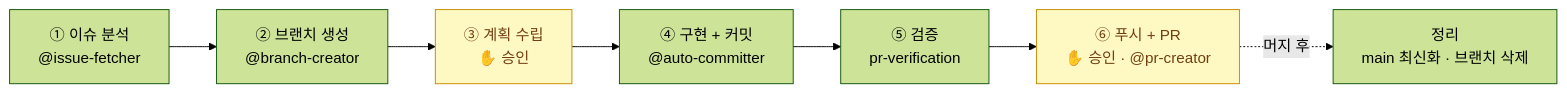
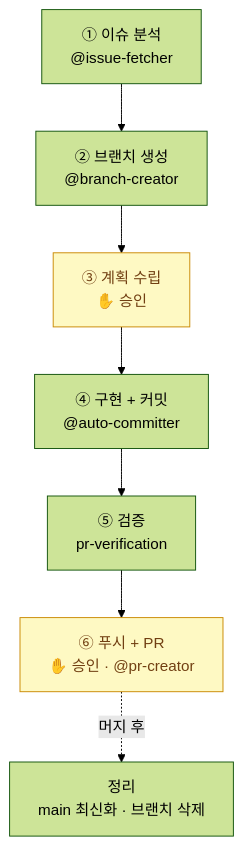
The second of 3 diagrams in docs/wiki/AI-Workflow.md (iamhoonse-dev/iamhoonse-world), drawn with Mermaid (forest theme) before and after one commit. The commit also changed 1 other file, not shown here.

Commit message:
docs: Wiki 의 가로로 긴 흐름도를 세로 방향으로 변경
GitHub 의 다이어그램 확대/이동 버튼이 가로로 긴 graph LR 의
마지막 노드를 가려서, AI Workflow 의 6단계 흐름도와 Browser
Verification 의 검증 절차를 graph TB 로 변경

Refs #21

````diff
--- a/docs/wiki/AI-Workflow.md
+++ b/docs/wiki/AI-Workflow.md
@@ -66,12 +66,12 @@
 ```mermaid
-graph LR
+graph TB
     S1["① 이슈 분석<br/>@issue-fetcher"] --> S2["② 브랜치 생성<br/>@branch-creator"]
     S2 --> S3["③ 계획 수립<br/>✋ 승인"]
     S3 --> S4["④ 구현 + 커밋<br/>@auto-committer"]
     S4 --> S5["⑤ 검증<br/>pr-verification"]
     S5 --> S6["⑥ 푸시 + PR<br/>✋ 승인 · @pr-creator"]
     S6 -.머지 후.-> S7["정리<br/>main 최신화 · 브랜치 삭제"]
 
     classDef confirm fill:#fef9c3,stroke:#ca8a04,color:#713f12
     class S3,S6 confirm
 ```
````
